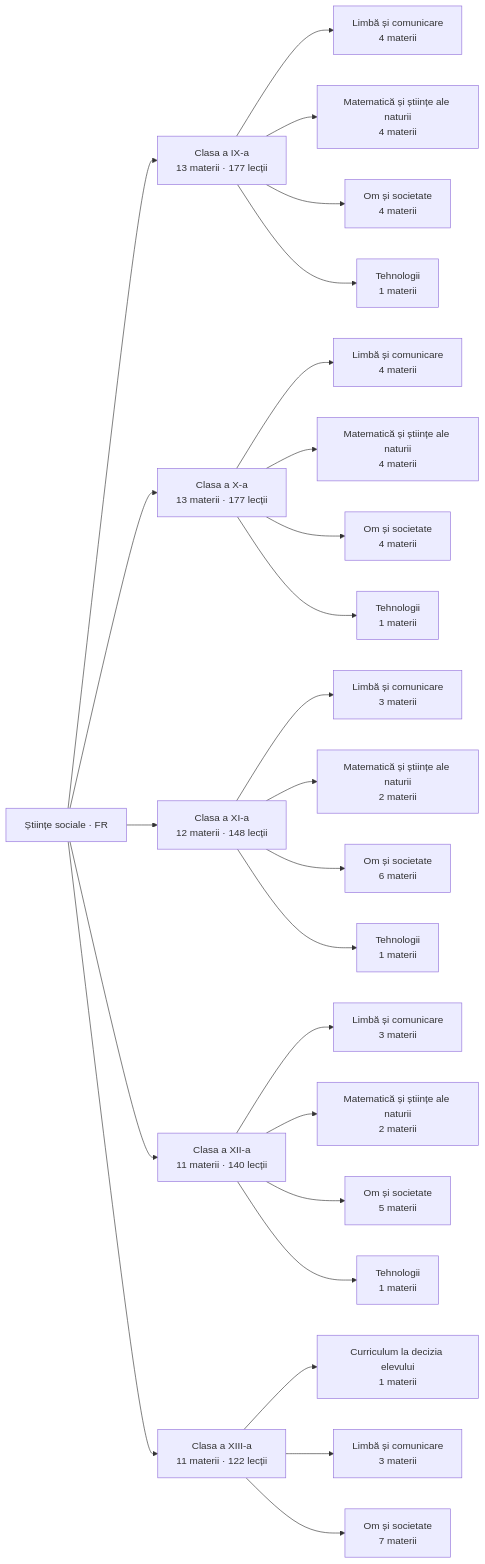
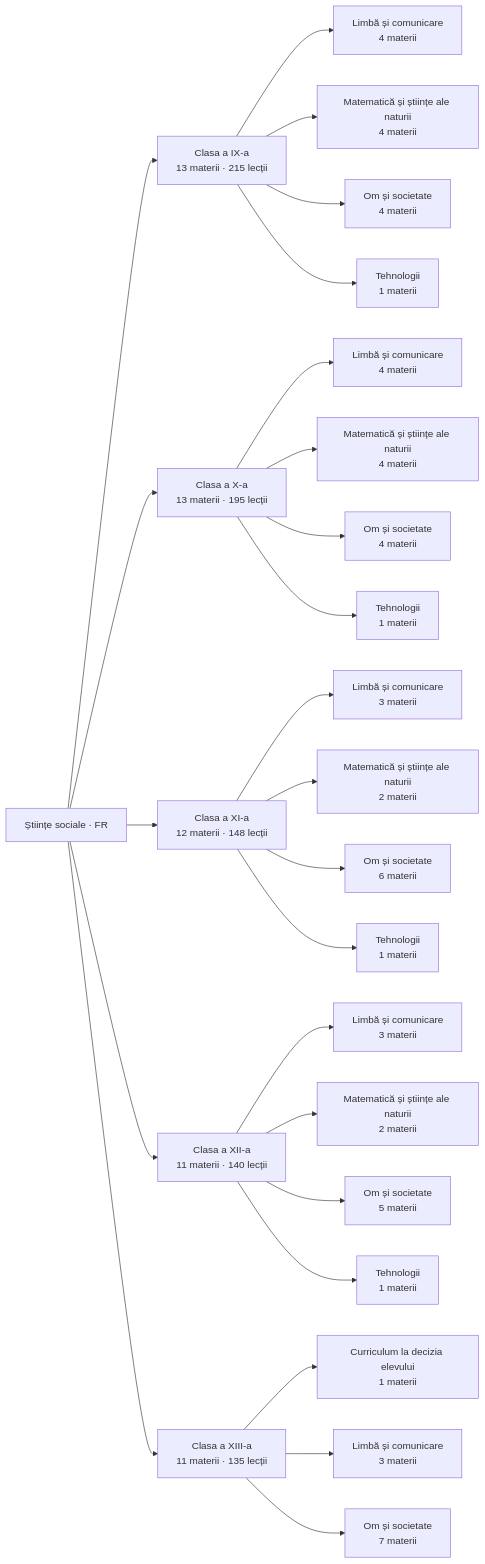
Before and after one commit to almeueste777-ops/Stiinte01: the diagram in vault/Hartă de învățare.md, drawn with Mermaid. The commit also changed other lines of this file and 162 other files, not shown here.

Commit message:
Graphify: regenerez vault-ul Obsidian din date

````diff
--- a/vault/Hartă de învățare.md
+++ b/vault/Hartă de învățare.md
@@ -10,52 +10,52 @@
 ```mermaid
 graph LR
   P["Științe sociale · FR"]
-  C0["Clasa a IX-a<br/>13 materii · 177 lecții"]
+  C0["Clasa a IX-a<br/>13 materii · 215 lecții"]
   P --> C0
   A0_0["Limbă și comunicare<br/>4 materii"]
   C0 --> A0_0
   A0_1["Matematică și științe ale naturii<br/>4 materii"]
   C0 --> A0_1
   A0_2["Om și societate<br/>4 materii"]
   C0 --> A0_2
   A0_3["Tehnologii<br/>1 materii"]
   C0 --> A0_3
-  C1["Clasa a X-a<br/>13 materii · 177 lecții"]
+  C1["Clasa a X-a<br/>13 materii · 195 lecții"]
   P --> C1
   A1_0["Limbă și comunicare<br/>4 materii"]
   C1 --> A1_0
   A1_1["Matematică și științe ale naturii<br/>4 materii"]
   C1 --> A1_1
   A1_2["Om și societate<br/>4 materii"]
   C1 --> A1_2
   A1_3["Tehnologii<br/>1 materii"]
   C1 --> A1_3
   C2["Clasa a XI-a<br/>12 materii · 148 lecții"]
   P --> C2
   A2_0["Limbă și comunicare<br/>3 materii"]
   C2 --> A2_0
   A2_1["Matematică și științe ale naturii<br/>2 materii"]
   C2 --> A2_1
   A2_2["Om și societate<br/>6 materii"]
   C2 --> A2_2
   A2_3["Tehnologii<br/>1 materii"]
   C2 --> A2_3
   C3["Clasa a XII-a<br/>11 materii · 140 lecții"]
   P --> C3
   A3_0["Limbă și comunicare<br/>3 materii"]
   C3 --> A3_0
   A3_1["Matematică și științe ale naturii<br/>2 materii"]
   C3 --> A3_1
   A3_2["Om și societate<br/>5 materii"]
   C3 --> A3_2
   A3_3["Tehnologii<br/>1 materii"]
   C3 --> A3_3
-  C4["Clasa a XIII-a<br/>11 materii · 122 lecții"]
+  C4["Clasa a XIII-a<br/>11 materii · 135 lecții"]
   P --> C4
   A4_0["Curriculum la decizia elevului<br/>1 materii"]
   C4 --> A4_0
   A4_1["Limbă și comunicare<br/>3 materii"]
   C4 --> A4_1
   A4_2["Om și societate<br/>7 materii"]
   C4 --> A4_2
 ```
````
